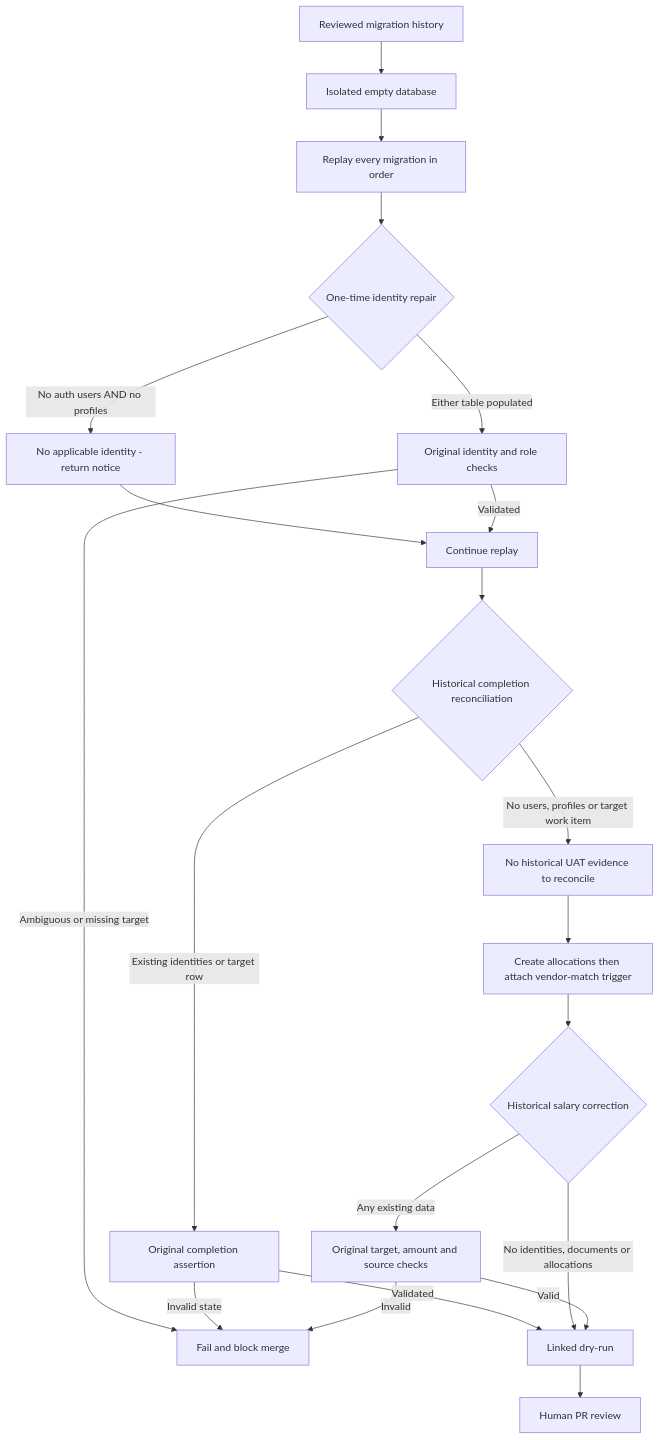
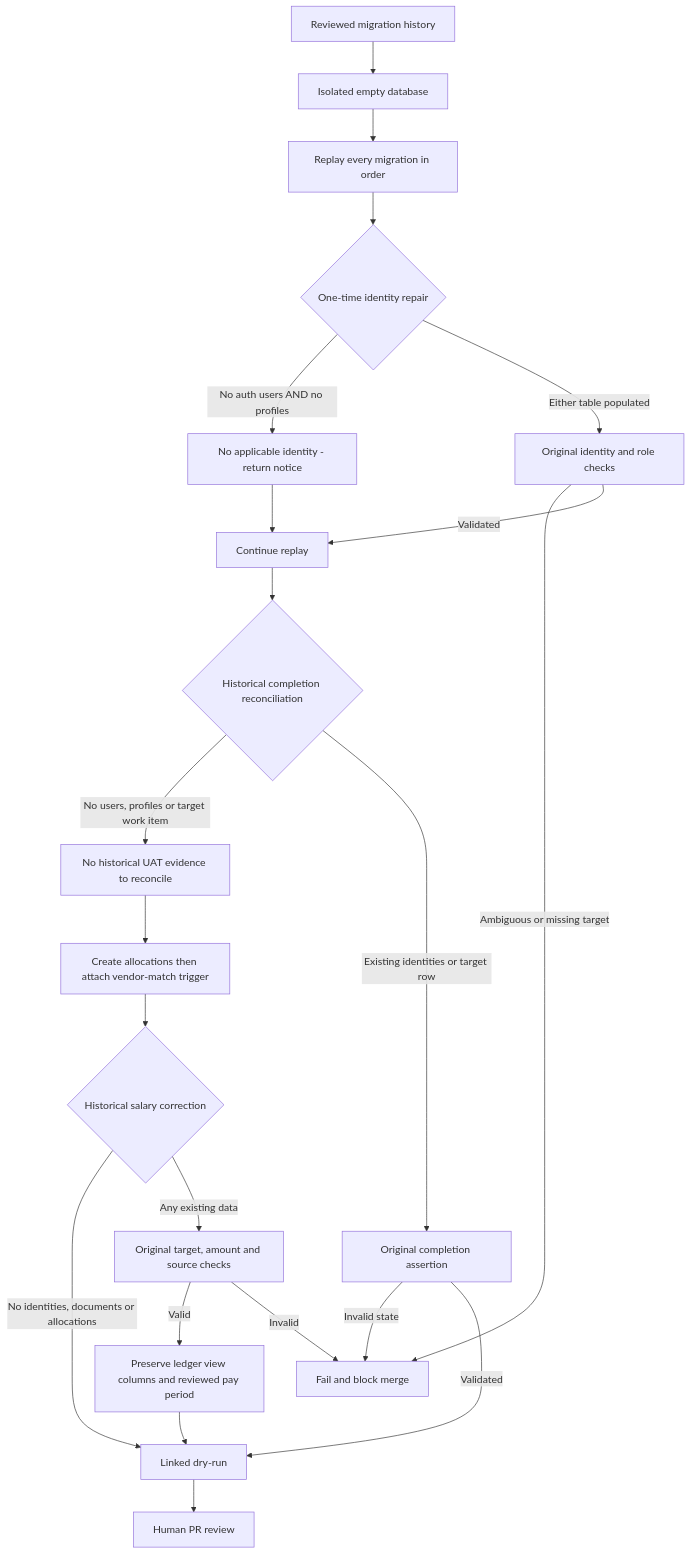
One commit to paramonjong-afk/WisdomAI changed the diagram in docs/SUPABASE_REPLAY_FLOW.md. Above: the diagram before and after it, drawn with Mermaid. The commit also changed other lines of this file and 3 other files, not shown here.

Commit message:
fix: preserve ledger view period assignment contract [SYS-CICD-001]

````diff
--- a/docs/SUPABASE_REPLAY_FLOW.md
+++ b/docs/SUPABASE_REPLAY_FLOW.md
@@ -1,23 +1,24 @@
 ```mermaid
 flowchart TD
   A[Reviewed migration history] --> B[Isolated empty database]
   B --> C[Replay every migration in order]
   C --> D{One-time identity repair}
   D -->|No auth users AND no profiles| E[No applicable identity - return notice]
   D -->|Either table populated| F[Original identity and role checks]
   F -->|Ambiguous or missing target| G[Fail and block merge]
   E --> H[Continue replay]
   F -->|Validated| H
   H --> K{Historical completion reconciliation}
   K -->|No users, profiles or target work item| L[No historical UAT evidence to reconcile]
   K -->|Existing identities or target row| M[Original completion assertion]
   M -->|Invalid state| G
   M -->|Validated| I[Linked dry-run]
   L --> N[Create allocations then attach vendor-match trigger]
   N --> O{Historical salary correction}
   O -->|No identities, documents or allocations| I
   O -->|Any existing data| P[Original target, amount and source checks]
-  P -->|Valid| I
+  P -->|Valid| Q[Preserve ledger view columns and reviewed pay period]
+  Q --> I
   P -->|Invalid| G
   I --> J[Human PR review]
 ```
````
